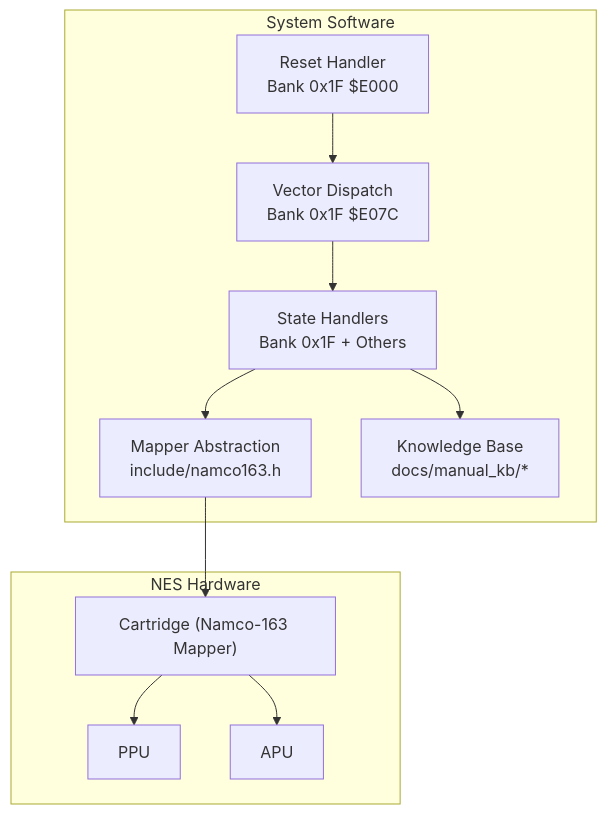
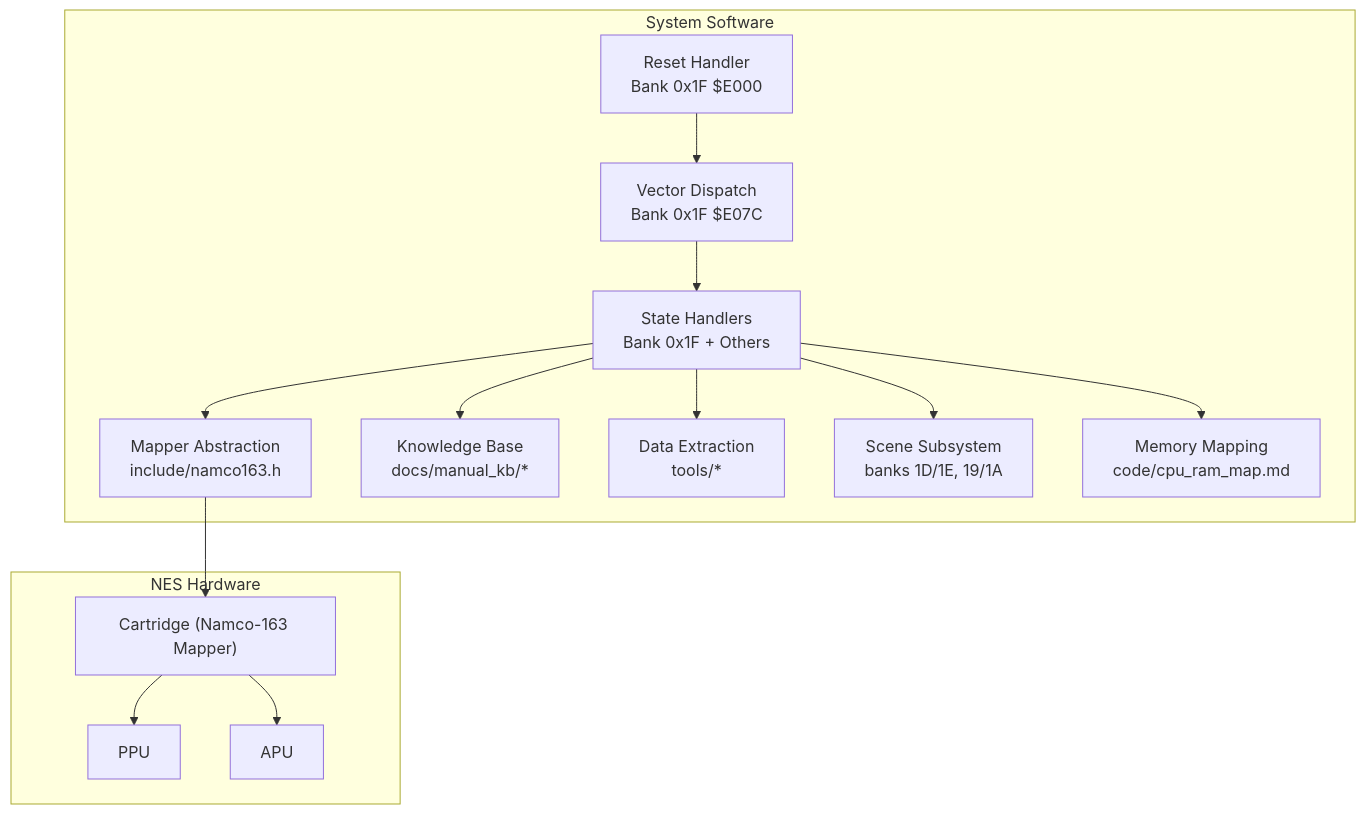
The second of 13 diagrams in .qoder/repowiki/en/content/Project Overview/Project Overview.md (rabbyzero/sango2dasm), drawn with Mermaid before and after one commit. The commit also changed other lines of this file and 7 other files, not shown here.

````diff
--- a/.qoder/repowiki/en/content/Project Overview/Project Overview.md
+++ b/.qoder/repowiki/en/content/Project Overview/Project Overview.md
@@ -139,22 +155,28 @@
 ```mermaid
 graph TB
 subgraph "NES Hardware"
 PPU["PPU"]
 APU["APU"]
 CART["Cartridge (Namco-163 Mapper)"]
 end
 subgraph "System Software"
 RST["Reset Handler<br/>Bank 0x1F $E000"]
 VEC["Vector Dispatch<br/>Bank 0x1F $E07C"]
 STATE["State Handlers<br/>Bank 0x1F + Others"]
 MAP["Mapper Abstraction<br/>include/namco163.h"]
 KB["Knowledge Base<br/>docs/manual_kb/*"]
+EXTRACT["Data Extraction<br/>tools/*"]
+SCENE["Scene Subsystem<br/>banks 1D/1E, 19/1A"]
+MEM["Memory Mapping<br/>code/cpu_ram_map.md"]
 end
 RST --> VEC
 VEC --> STATE
 STATE --> MAP
 STATE --> KB
+STATE --> EXTRACT
+STATE --> SCENE
+STATE --> MEM
 MAP --> CART
 CART --> PPU
 CART --> APU
 ```
````
